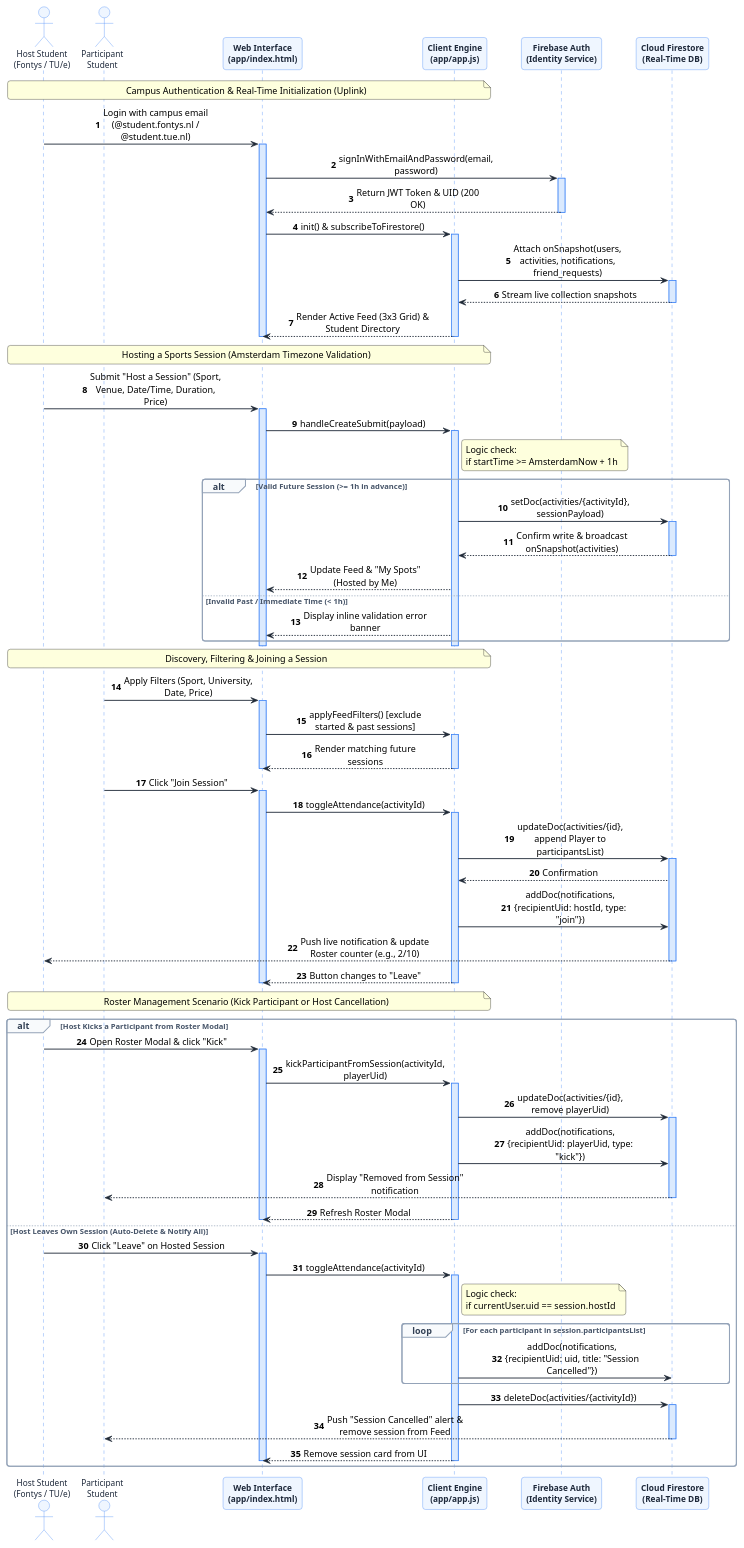
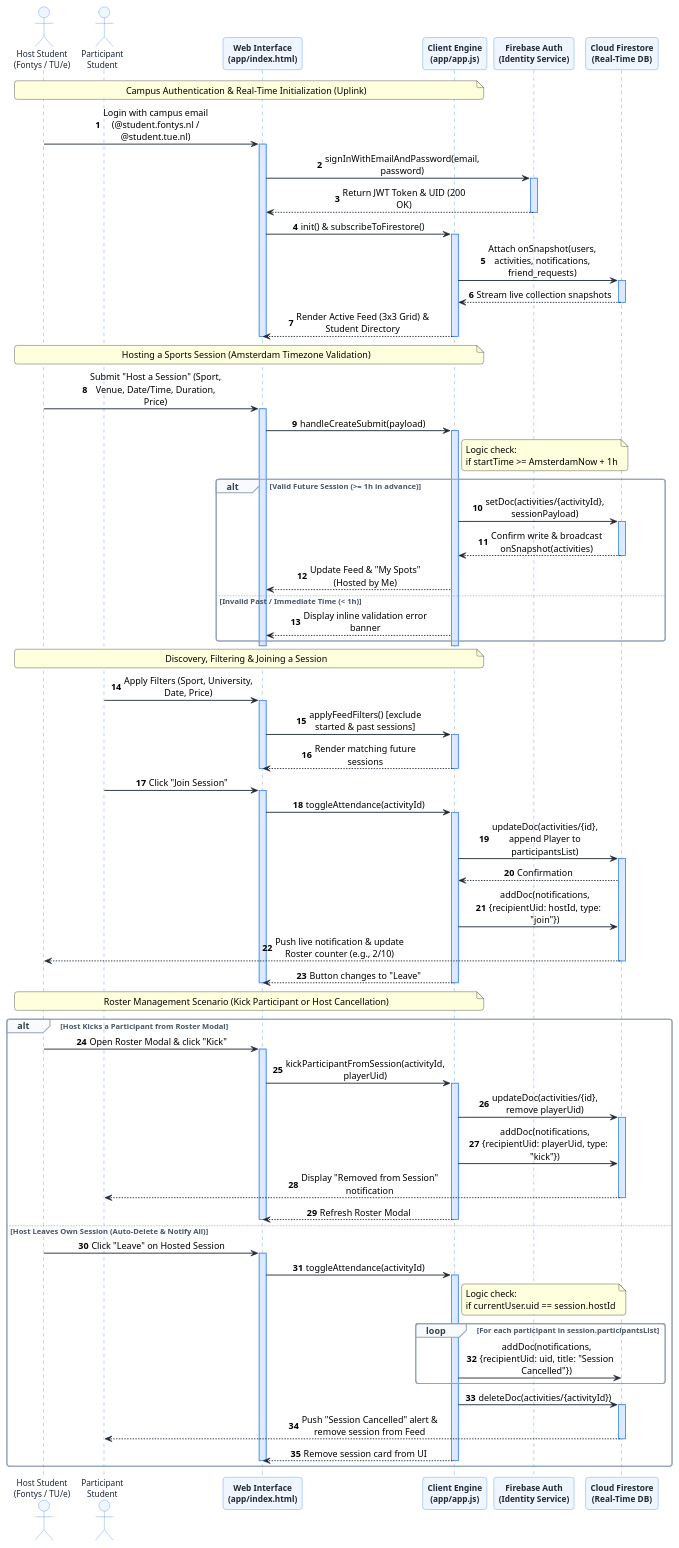
Before and after one commit to martimgalamba7/UniSport-FontysICT_Challenge2: the diagram in uml/Sequence-Diagram.puml, drawn with PlantUML.

Commit message:
fix(uml): remove deprecated ParticipantPadding skinparam warning

```diff
--- a/uml/Sequence-Diagram.puml
+++ b/uml/Sequence-Diagram.puml
@@ -1,168 +1,166 @@
 @startuml UniSport_Sequence_Diagram
 autonumber
 
 skinparam backgroundColor #FFFFFF
 skinparam Shadowing false
 skinparam RoundCorner 8
 skinparam MaxMessageSize 200
 skinparam SequenceMessageAlign center
-skinparam BoxPadding 15
-skinparam ParticipantPadding 20
 
 skinparam sequence {
   ArrowColor #1F2937
   ArrowThickness 1.3
 
   ActorBorderColor #3B82F6
   ActorBackgroundColor #EFF6FF
   ActorFontColor #1E293B
   ActorFontSize 12
 
   ParticipantBorderColor #3B82F6
   ParticipantBackgroundColor #EFF6FF
   ParticipantFontColor #1E293B
   ParticipantFontSize 12
   ParticipantFontStyle bold
 
   DatabaseBorderColor #3B82F6
   DatabaseBackgroundColor #EFF6FF
   DatabaseFontColor #1E293B
   DatabaseFontSize 12
   DatabaseFontStyle bold
 
   LifeLineBorderColor #3B82F6
   LifeLineBackgroundColor #DBEAFE
 
   NoteBackgroundColor #FEFCE8
   NoteBorderColor #EAB308
   NoteFontColor #1E293B
   NoteFontSize 12
 
   GroupBorderColor #94A3B8
   GroupBackgroundColor #F8FAFC
   GroupHeaderFontColor #334155
   GroupFontColor #475569
 }
 
 actor "Host Student\n(Fontys / TU/e)" as Host
 actor "Participant\nStudent" as Player
 participant "Web Interface\n(app/index.html)" as UI
 participant "Client Engine\n(app/app.js)" as Engine
 participant "Firebase Auth\n(Identity Service)" as Auth
 participant "Cloud Firestore\n(Real-Time DB)" as DB
 
 note over Host, Engine
   Campus Authentication & Real-Time Initialization (Uplink)
 end note
 
 Host -> UI : Login with campus email (@student.fontys.nl / @student.tue.nl)
 activate UI
 UI -> Auth : signInWithEmailAndPassword(email, password)
 activate Auth
 Auth --> UI : Return JWT Token & UID (200 OK)
 deactivate Auth
 
 UI -> Engine : init() & subscribeToFirestore()
 activate Engine
 Engine -> DB : Attach onSnapshot(users, activities, notifications, friend_requests)
 activate DB
 DB --> Engine : Stream live collection snapshots
 deactivate DB
 Engine --> UI : Render Active Feed (3x3 Grid) & Student Directory
 deactivate Engine
 deactivate UI
 
 note over Host, Engine
   Hosting a Sports Session (Amsterdam Timezone Validation)
 end note
 
 Host -> UI : Submit "Host a Session" (Sport, Venue, Date/Time, Duration, Price)
 activate UI
 UI -> Engine : handleCreateSubmit(payload)
 activate Engine
 
 note right of Engine
   Logic check:
   if startTime >= AmsterdamNow + 1h
 end note
 
 alt Valid Future Session (>= 1h in advance)
   Engine -> DB : setDoc(activities/{activityId}, sessionPayload)
   activate DB
   DB --> Engine : Confirm write & broadcast onSnapshot(activities)
   deactivate DB
   Engine --> UI : Update Feed & "My Spots" (Hosted by Me)
 else Invalid Past / Immediate Time (< 1h)
   Engine --> UI : Display inline validation error banner
 end
 deactivate Engine
 deactivate UI
 
 note over Host, Engine
   Discovery, Filtering & Joining a Session
 end note
 
 Player -> UI : Apply Filters (Sport, University, Date, Price)
 activate UI
 UI -> Engine : applyFeedFilters() [exclude started & past sessions]
 activate Engine
 Engine --> UI : Render matching future sessions
 deactivate Engine
 deactivate UI
 
 Player -> UI : Click "Join Session"
 activate UI
 UI -> Engine : toggleAttendance(activityId)
 activate Engine
 Engine -> DB : updateDoc(activities/{id}, append Player to participantsList)
 activate DB
 DB --> Engine : Confirmation
 Engine -> DB : addDoc(notifications, {recipientUid: hostId, type: "join"})
 DB --> Host : Push live notification & update Roster counter (e.g., 2/10)
 deactivate DB
 Engine --> UI : Button changes to "Leave"
 deactivate Engine
 deactivate UI
 
 note over Host, Engine
   Roster Management Scenario (Kick Participant or Host Cancellation)
 end note
 
 alt Host Kicks a Participant from Roster Modal
   Host -> UI : Open Roster Modal & click "Kick"
   activate UI
   UI -> Engine : kickParticipantFromSession(activityId, playerUid)
   activate Engine
   Engine -> DB : updateDoc(activities/{id}, remove playerUid)
   activate DB
   Engine -> DB : addDoc(notifications, {recipientUid: playerUid, type: "kick"})
   DB --> Player : Display "Removed from Session" notification
   deactivate DB
   Engine --> UI : Refresh Roster Modal
   deactivate Engine
   deactivate UI
 else Host Leaves Own Session (Auto-Delete & Notify All)
   Host -> UI : Click "Leave" on Hosted Session
   activate UI
   UI -> Engine : toggleAttendance(activityId)
   activate Engine
 
   note right of Engine
     Logic check:
     if currentUser.uid == session.hostId
   end note
 
   loop For each participant in session.participantsList
     Engine -> DB : addDoc(notifications, {recipientUid: uid, title: "Session Cancelled"})
   end
 
   Engine -> DB : deleteDoc(activities/{activityId})
   activate DB
   DB --> Player : Push "Session Cancelled" alert & remove session from Feed
   deactivate DB
   Engine --> UI : Remove session card from UI
   deactivate Engine
   deactivate UI
 end
 
 @enduml
```
